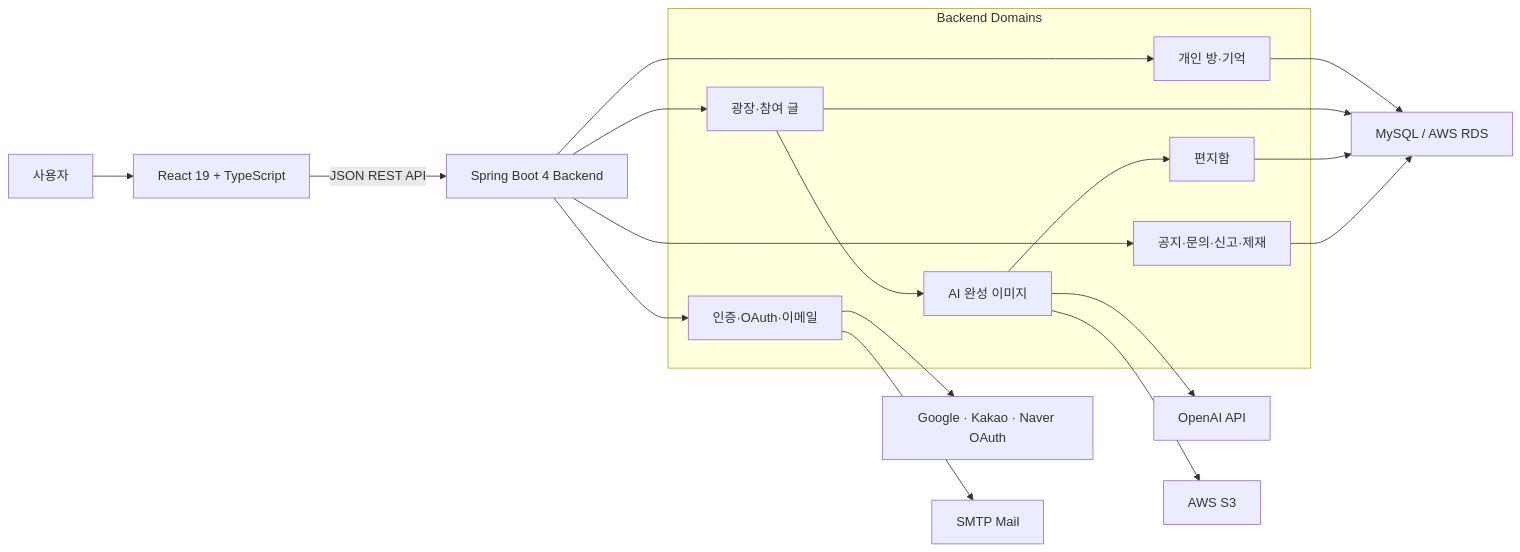
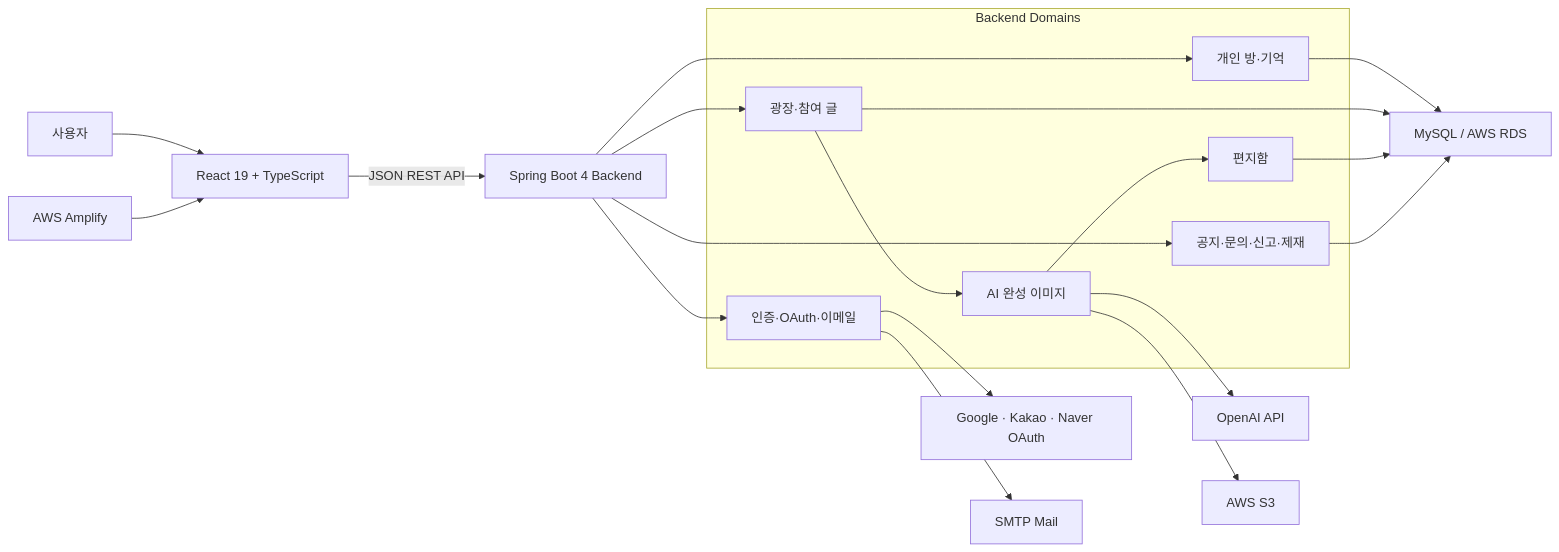
Before and after one commit to junyeong2107/weather-of-the-heart-portfolio: the first of 9 diagrams in docs/ARCHITECTURE.md, drawn with Mermaid. The commit also changed other lines of this file and 3 other files, not shown here.

````diff
--- a/docs/ARCHITECTURE.md
+++ b/docs/ARCHITECTURE.md
@@ -13,30 +13,31 @@
 ```mermaid
 flowchart LR
     User["사용자"] --> Web["React 19 + TypeScript"]
+    Amplify["AWS Amplify"] --> Web
     Web -->|"JSON REST API"| API["Spring Boot 4 Backend"]
 
     subgraph BackendDomains["Backend Domains"]
         Auth["인증·OAuth·이메일"]
         Memory["개인 방·기억"]
         Plaza["광장·참여 글"]
         Completion["AI 완성 이미지"]
         Mailbox["편지함"]
         Admin["공지·문의·신고·제재"]
     end
 
     API --> Auth
     API --> Memory
     API --> Plaza
     Plaza --> Completion
     Completion --> Mailbox
     API --> Admin
 
     Auth --> OAuth["Google · Kakao · Naver OAuth"]
     Auth --> SMTP["SMTP Mail"]
     Memory --> DB["MySQL / AWS RDS"]
     Plaza --> DB
     Mailbox --> DB
     Admin --> DB
     Completion --> OpenAI["OpenAI API"]
     Completion --> S3["AWS S3"]
 ```
````
